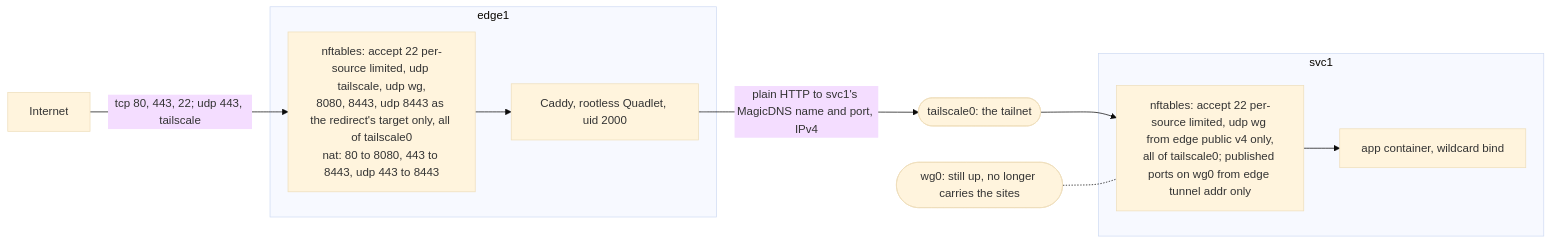
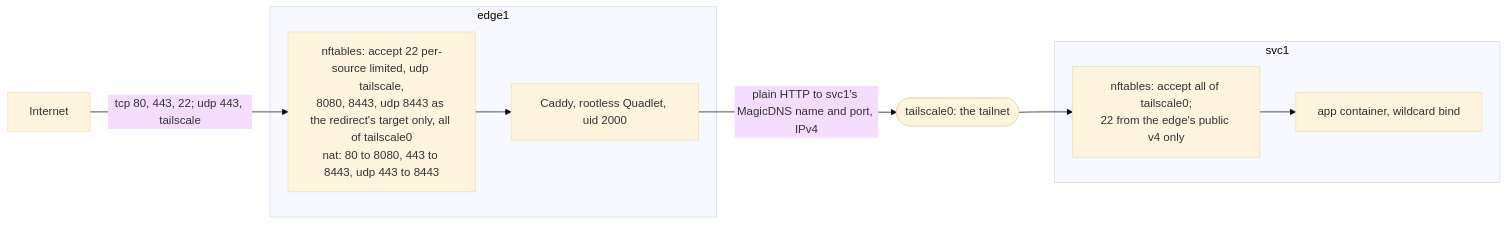
Before and after one commit to aryonoco/deerlab: the first of 4 diagrams in docs/runbook.md, drawn with Mermaid (base theme). The commit also changed other lines of this file and 1 other file, not shown here.

````diff
--- a/docs/runbook.md
+++ b/docs/runbook.md
@@ -55,18 +55,17 @@
 ```mermaid
 flowchart LR
   net["Internet"]
   subgraph edge1
-    nft1["nftables: accept 22 per-source limited, udp tailscale, udp wg,<br/>8080, 8443, udp 8443 as the redirect's target only, all of tailscale0<br/>nat: 80 to 8080, 443 to 8443, udp 443 to 8443"]
+    nft1["nftables: accept 22 per-source limited, udp tailscale,<br/>8080, 8443, udp 8443 as the redirect's target only, all of tailscale0<br/>nat: 80 to 8080, 443 to 8443, udp 443 to 8443"]
     caddy["Caddy, rootless Quadlet, uid 2000"]
   end
   subgraph svc1
-    nft2["nftables: accept 22 per-source limited, udp wg from edge public v4 only,<br/>all of tailscale0; published ports on wg0 from edge tunnel addr only"]
+    nft2["nftables: accept all of tailscale0;<br/>22 from the edge's public v4 only"]
     app["app container, wildcard bind"]
   end
   net -->|"tcp 80, 443, 22; udp 443, tailscale"| nft1
   nft1 --> caddy
   caddy -->|"plain HTTP to svc1's MagicDNS name and port, IPv4"| ts(["tailscale0: the tailnet"])
   ts --> nft2
-  wg(["wg0: still up, no longer carries the sites"]) -.- nft2
   nft2 --> app
 ```
````
